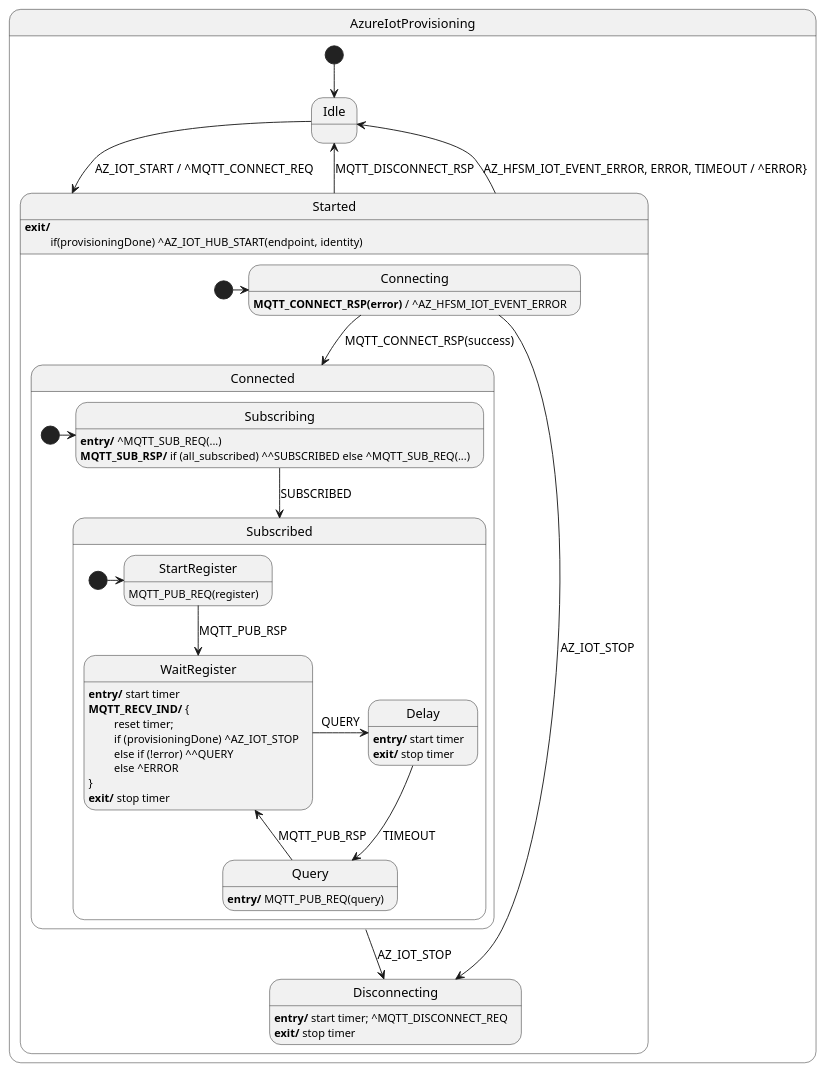
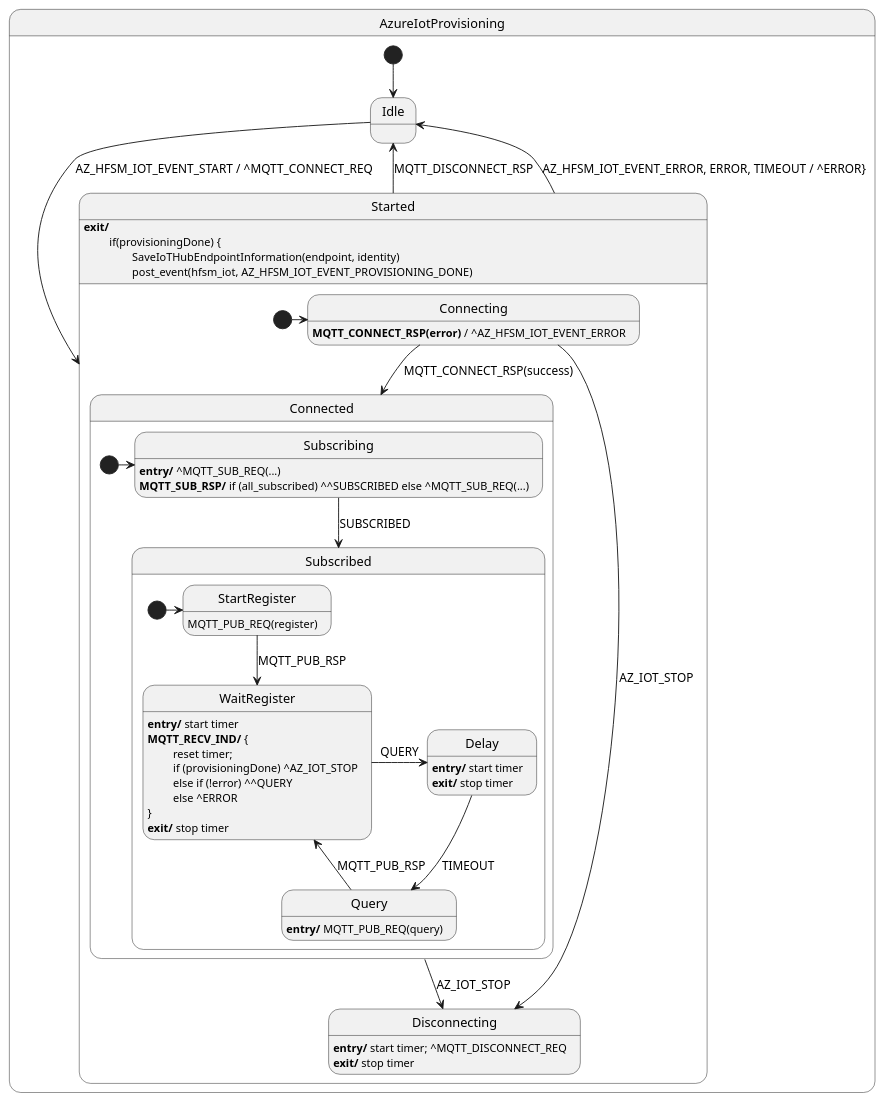
One commit to vaavva/azure-sdk-for-c-hfsm changed the diagram in sdk/docs/iot/resources/az_iot_hfsm_provisioning.puml. Above: the diagram before and after it, drawn with PlantUML. The commit also changed 2 other files, not shown here.

```diff
--- a/sdk/docs/iot/resources/az_iot_hfsm_provisioning.puml
+++ b/sdk/docs/iot/resources/az_iot_hfsm_provisioning.puml
@@ -1,63 +1,65 @@
 @startuml
 
 state AzureIotProvisioning {
 state Idle
     state Started {
         state Connecting
         Connecting : <b>MQTT_CONNECT_RSP(error)</b> / ^AZ_HFSM_IOT_EVENT_ERROR
 
         state Connected {
             state Subscribing
             Subscribing : <b>entry/</b> ^MQTT_SUB_REQ(...)
             Subscribing : <b>MQTT_SUB_RSP/</b> if (all_subscribed) ^^SUBSCRIBED else ^MQTT_SUB_REQ(...)
             state Subscribed {
                 state StartRegister
                 StartRegister : MQTT_PUB_REQ(register)
 
                 state WaitRegister
                 WaitRegister : <b>entry/</b> start timer
                 WaitRegister : <b>MQTT_RECV_IND/</b> {
                 WaitRegister : \t reset timer;
                 WaitRegister : \t if (provisioningDone) ^AZ_IOT_STOP
                 WaitRegister : \t else if (!error) ^^QUERY
                 WaitRegister : \t else ^ERROR
                 WaitRegister : }
                 WaitRegister : <b>exit/</b> stop timer
 
                 state Delay
                 Delay : <b>entry/</b> start timer
                 Delay : <b>exit/</b> stop timer
 
                 state Query
                 Query : <b>entry/</b> MQTT_PUB_REQ(query)
 
                 [*] -> StartRegister
                 StartRegister --> WaitRegister : MQTT_PUB_RSP
                 WaitRegister -> Delay : QUERY
                 Delay --> Query : TIMEOUT
                 Query -> WaitRegister : MQTT_PUB_RSP
             }
 
             [*] -> Subscribing
             Subscribing --> Subscribed : SUBSCRIBED
         }
 
         state Disconnecting
         Disconnecting : <b>entry/</b> start timer; ^MQTT_DISCONNECT_REQ
         Disconnecting : <b>exit/</b> stop timer
 
         [*] -> Connecting
         Connecting --> Connected : MQTT_CONNECT_RSP(success)
         Connecting --> Disconnecting : AZ_IOT_STOP
         Connected --> Disconnecting : AZ_IOT_STOP
     }
 
     Started : <b>exit/</b>
-    Started: \t if(provisioningDone) ^AZ_IOT_HUB_START(endpoint, identity)
+    Started: \t if(provisioningDone) {
+    Started: \t\t SaveIoTHubEndpointInformation(endpoint, identity)
+    Started: \t\t post_event(hfsm_iot, AZ_HFSM_IOT_EVENT_PROVISIONING_DONE)
 
     [*] --> Idle
-    Idle -> Started : AZ_IOT_START / ^MQTT_CONNECT_REQ
+    Idle -> Started : AZ_HFSM_IOT_EVENT_START / ^MQTT_CONNECT_REQ
     Started --> Idle : MQTT_DISCONNECT_RSP
     Started --> Idle : AZ_HFSM_IOT_EVENT_ERROR, ERROR, TIMEOUT / ^ERROR}
 
 @enduml
```
